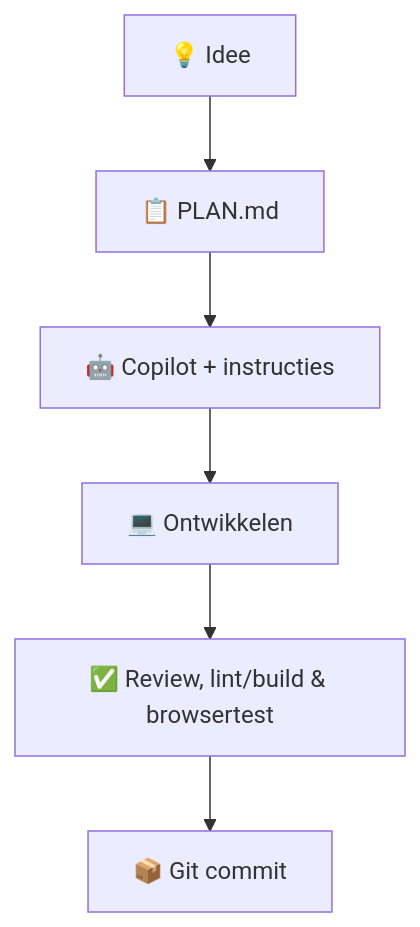
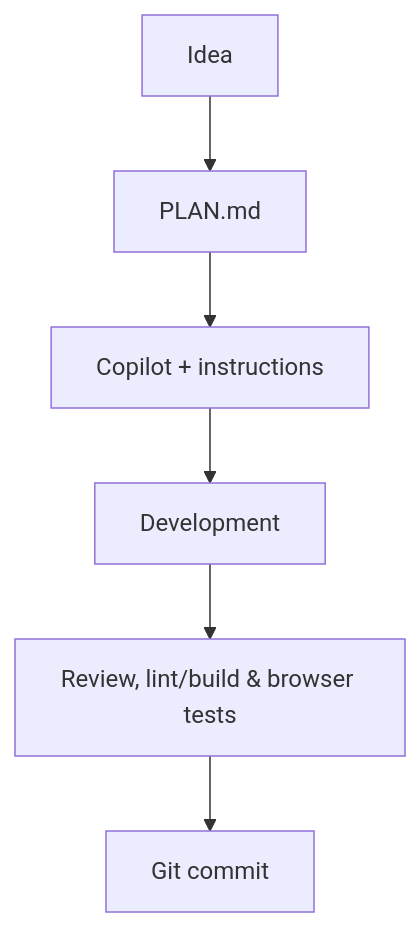
Before and after one commit to Drup1k/PhotographyPortfolio: the diagram in README.md, drawn with Mermaid. The commit also changed other lines of this file, not shown here.

````diff
--- a/README.md
+++ b/README.md
@@ -46,8 +50,8 @@
 ```mermaid
 flowchart TB
-    IDEA["💡 Idee"] --> PLAN["📋 PLAN.md"]
-    PLAN --> AI["🤖 Copilot + instructies"]
-    AI --> BUILD["💻 Ontwikkelen"]
-    BUILD --> CHECK["✅ Review, lint/build & browsertest"]
-    CHECK --> COMMIT["📦 Git commit"]
+    IDEA["Idea"] --> PLAN["PLAN.md"]
+    PLAN --> AI["Copilot + instructions"]
+    AI --> BUILD["Development"]
+    BUILD --> CHECK["Review, lint/build & browser tests"]
+    CHECK --> COMMIT["Git commit"]
 ```
````
